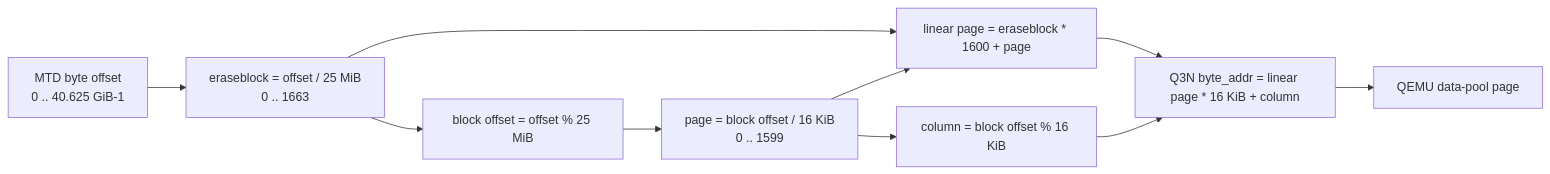
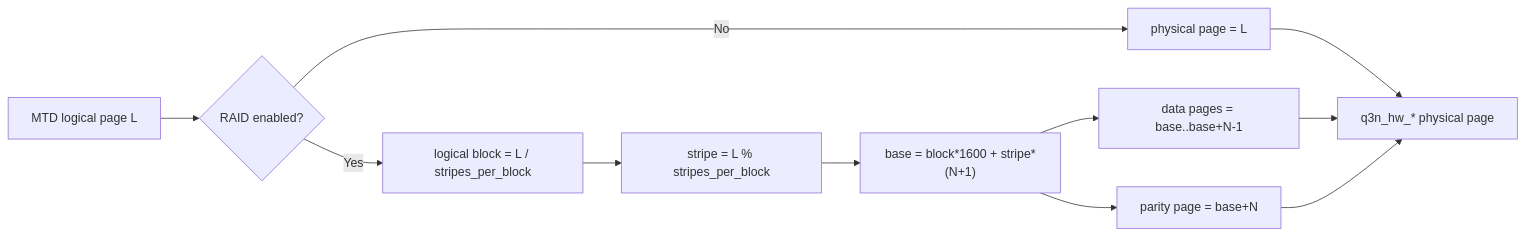
The third of 10 diagrams in docs/superpowers/specs/2026-07-28-q3n-nand-core-ecc-read-retry-design.md (avenstar65/3dnand_test), drawn with Mermaid before and after one commit. The commit also changed other lines of this file, not shown here.

Commit message:
docs: integrate page raid into overall design

````diff
--- a/docs/superpowers/specs/2026-07-28-q3n-nand-core-ecc-read-retry-design.md
+++ b/docs/superpowers/specs/2026-07-28-q3n-nand-core-ecc-read-retry-design.md
@@ -510,12 +620,13 @@
 ```mermaid
 flowchart LR
-    A["MTD byte offset<br/>0 .. 40.625 GiB-1"] --> B["eraseblock = offset / 25 MiB<br/>0 .. 1663"]
-    B --> C["block offset = offset % 25 MiB"]
-    C --> D["page = block offset / 16 KiB<br/>0 .. 1599"]
-    D --> E["column = block offset % 16 KiB"]
-    B --> F["linear page = eraseblock * 1600 + page"]
-    D --> F
-    F --> G["Q3N byte_addr = linear page * 16 KiB + column"]
-    E --> G
-    G --> H["QEMU data-pool page"]
+    A["MTD logical page L"] --> B{"RAID enabled?"}
+    B -- "No" --> C["physical page = L"]
+    B -- "Yes" --> D["logical block = L / stripes_per_block"]
+    D --> E["stripe = L % stripes_per_block"]
+    E --> F["base = block*1600 + stripe*(N+1)"]
+    F --> G["data pages = base..base+N-1"]
+    F --> H["parity page = base+N"]
+    C --> I["q3n_hw_* physical page"]
+    G --> I
+    H --> I
 ```
````
